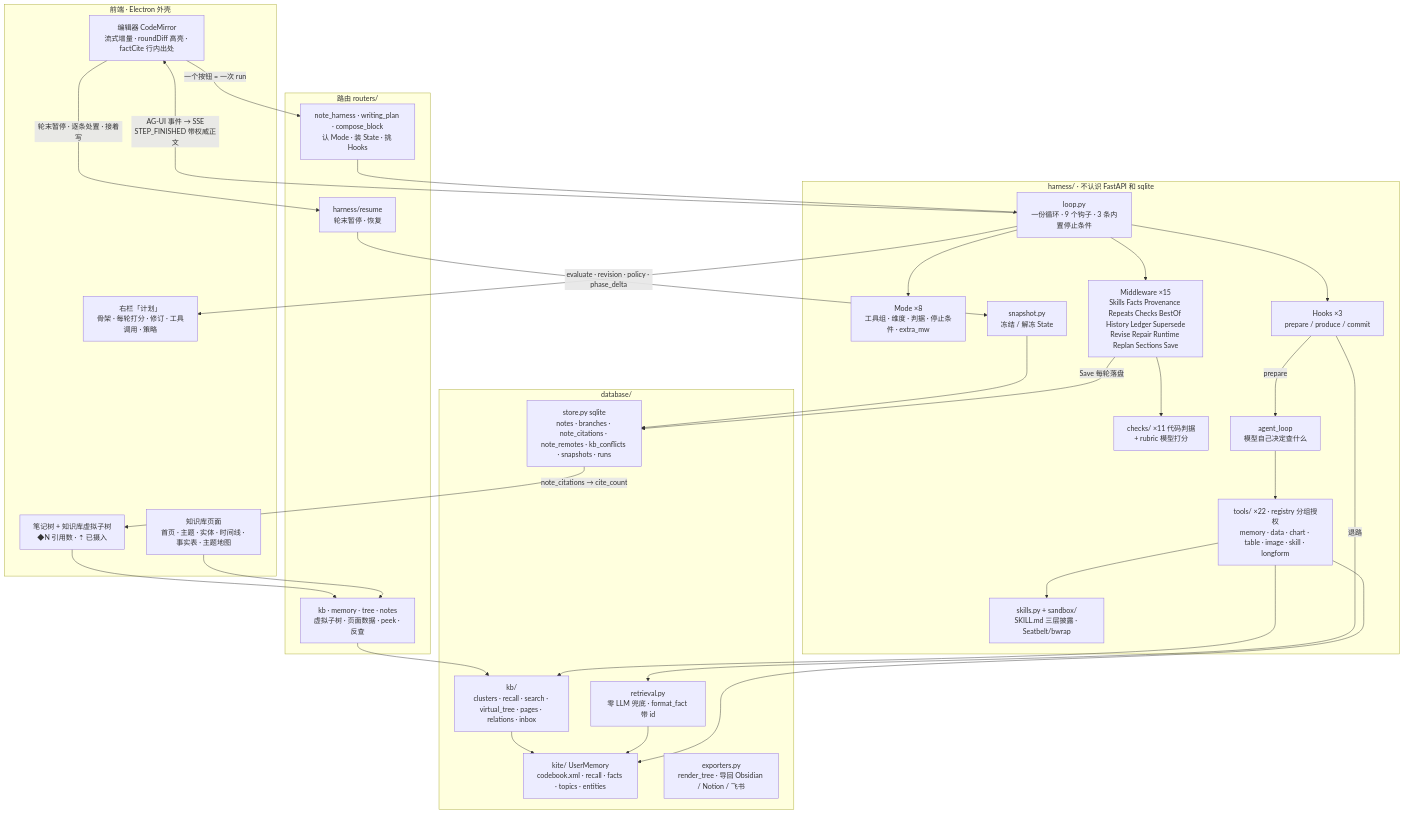
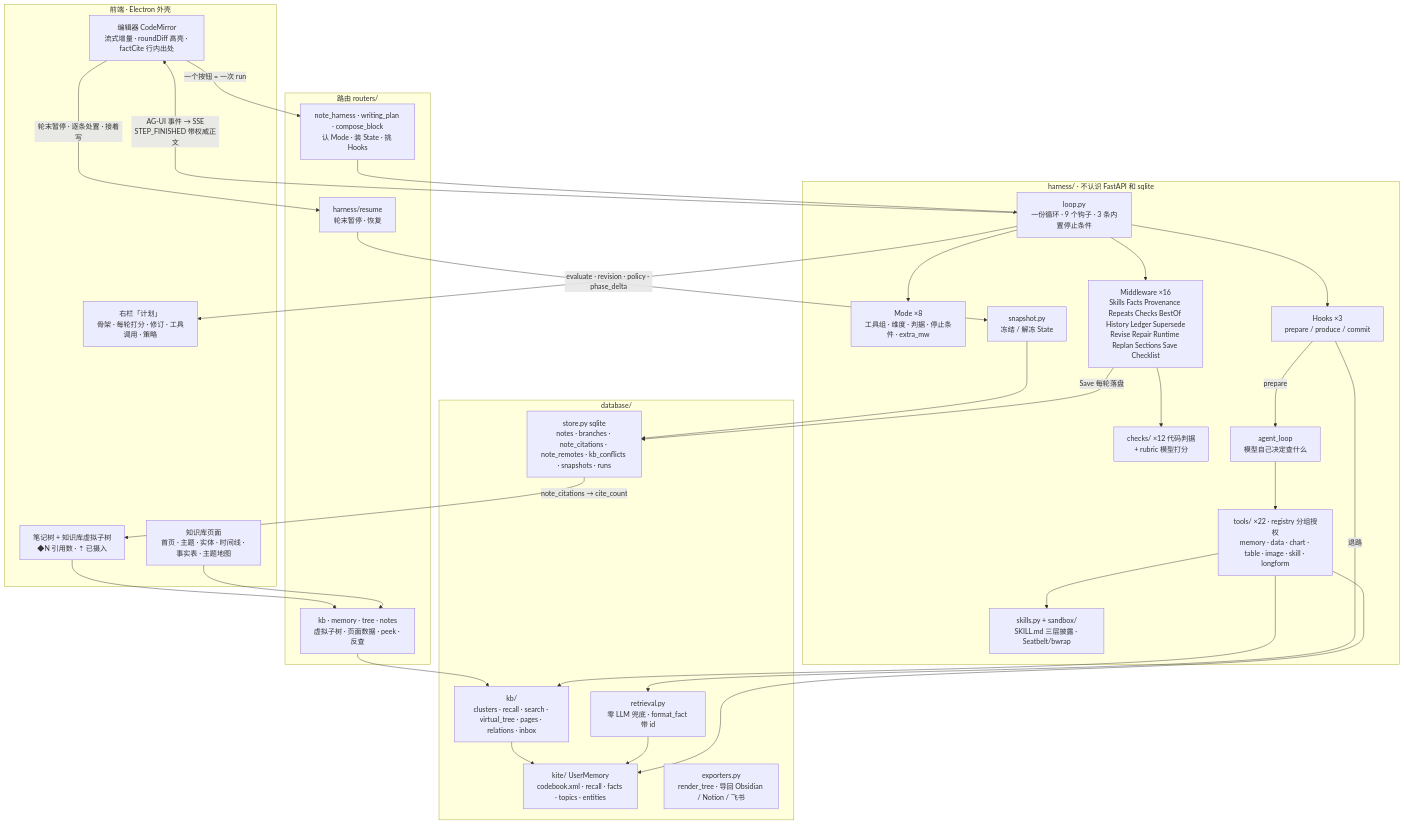
One commit to huilongbaba/MEMOKET_NOTE changed the diagram in docs/harness-framework.md. Above: the diagram before and after it, drawn with Mermaid. The commit also changed other lines of this file and 19 other files, not shown here.

````diff
--- a/docs/harness-framework.md
+++ b/docs/harness-framework.md
@@ -41,60 +41,60 @@
 ```mermaid
 flowchart TB
   subgraph UI["前端 · Electron 外壳"]
     ED["编辑器 CodeMirror<br/>流式增量 · roundDiff 高亮 · factCite 行内出处"]
     PLAN["右栏「计划」<br/>骨架 · 每轮打分 · 修订 · 工具调用 · 策略"]
     TREE["笔记树 + 知识库虚拟子树<br/>◆N 引用数 · ⇡ 已摄入"]
     KBP["知识库页面<br/>首页 · 主题 · 实体 · 时间线 · 事实表 · 主题地图"]
   end
 
   subgraph API["路由 routers/"]
     NH["note_harness · writing_plan · compose_block<br/>认 Mode · 装 State · 挑 Hooks"]
     RS["harness/resume<br/>轮末暂停 · 恢复"]
     KBR["kb · memory · tree · notes<br/>虚拟子树 · 页面数据 · peek · 反查"]
   end
 
   subgraph H["harness/ · 不认识 FastAPI 和 sqlite"]
     LOOP["loop.py<br/>一份循环 · 9 个钩子 · 3 条内置停止条件"]
     MODE["Mode ×8<br/>工具组 · 维度 · 判据 · 停止条件 · extra_mw"]
     HOOKS["Hooks ×3<br/>prepare / produce / commit"]
-    MW["Middleware ×15<br/>Skills Facts Provenance Repeats Checks BestOf History Ledger Supersede<br/>Revise Repair Runtime Replan Sections Save"]
-    CHK["checks/ ×11 代码判据<br/>+ rubric 模型打分"]
+    MW["Middleware ×16<br/>Skills Facts Provenance Repeats Checks BestOf History Ledger Supersede<br/>Revise Repair Runtime Replan Sections Save Checklist"]
+    CHK["checks/ ×12 代码判据<br/>+ rubric 模型打分"]
     TOOLS["tools/ ×22 · registry 分组授权<br/>memory · data · chart · table · image · skill · longform"]
     AL["agent_loop<br/>模型自己决定查什么"]
     SK["skills.py + sandbox/<br/>SKILL.md 三层披露 · Seatbelt/bwrap"]
     SNAP["snapshot.py<br/>冻结 / 解冻 State"]
   end
 
   subgraph DB["database/"]
     STORE["store.py sqlite<br/>notes · branches · note_citations · note_remotes · kb_conflicts · snapshots · runs"]
     KITE["kite/ UserMemory<br/>codebook.xml · recall · facts · topics · entities"]
     KB["kb/<br/>clusters · recall · search · virtual_tree · pages · relations · inbox"]
     EXP["exporters.py<br/>render_tree · 导回 Obsidian / Notion / 飞书"]
     RET["retrieval.py<br/>零 LLM 兜底 · format_fact 带 id"]
   end
 
   ED -- "一个按钮 = 一次 run" --> NH
   NH --> LOOP
   LOOP --> MODE
   LOOP --> HOOKS
   LOOP --> MW
   MW --> CHK
   HOOKS -- prepare --> AL
   AL --> TOOLS
   TOOLS --> KITE
   TOOLS --> KB
   TOOLS --> SK
   HOOKS -- 退路 --> RET
   RET --> KITE
   MW -- Save 每轮落盘 --> STORE
   SNAP --> STORE
   RS --> SNAP
   LOOP -- "AG-UI 事件 → SSE<br/>STEP_FINISHED 带权威正文" --> ED
   LOOP -- "evaluate · revision · policy · phase_delta" --> PLAN
   STORE -- "note_citations → cite_count" --> TREE
   KBR --> KB
   KB --> KITE
   KBP --> KBR
   TREE --> KBR
   ED -- "轮末暂停 · 逐条处置 · 接着写" --> RS
 ```
````
